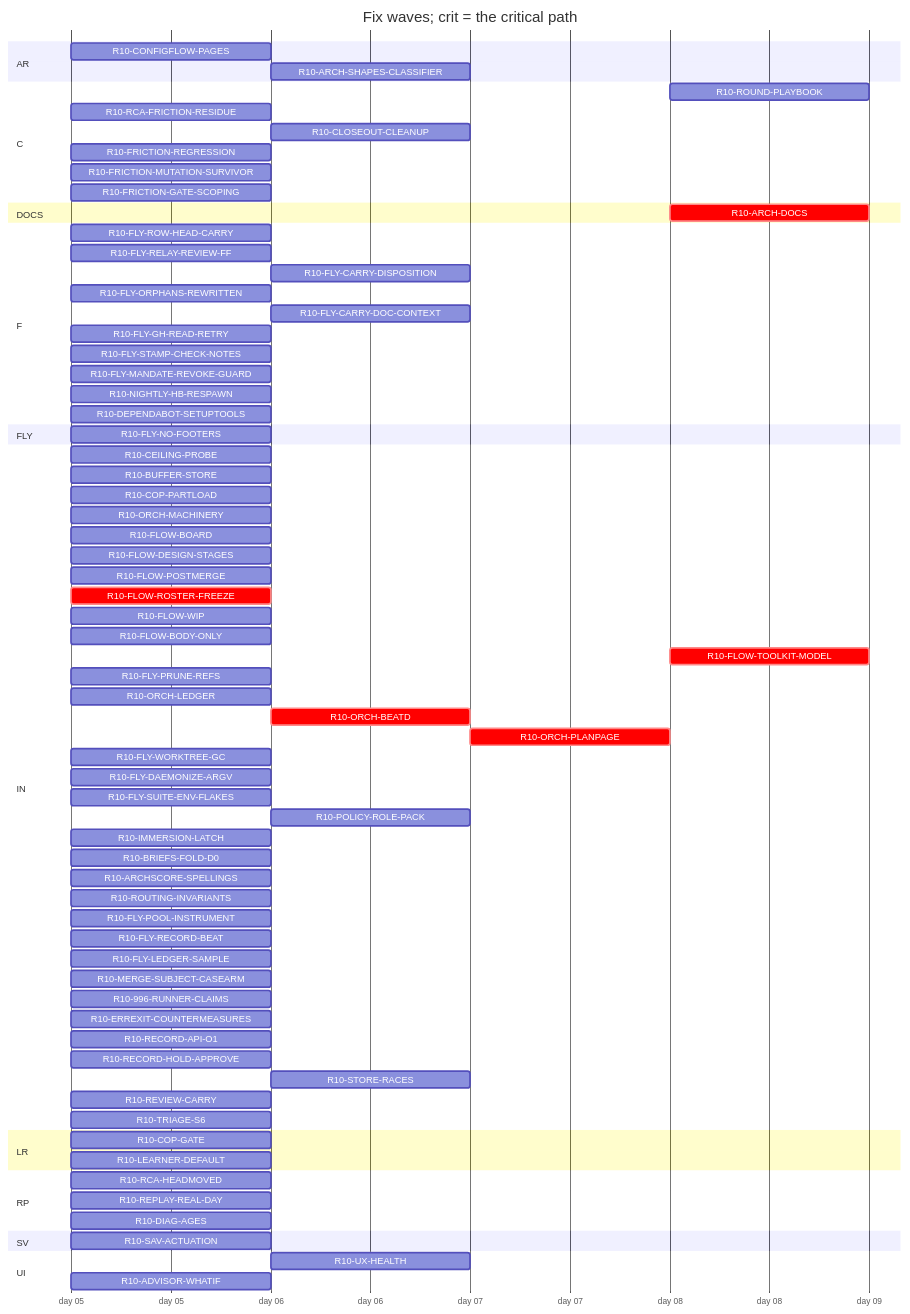
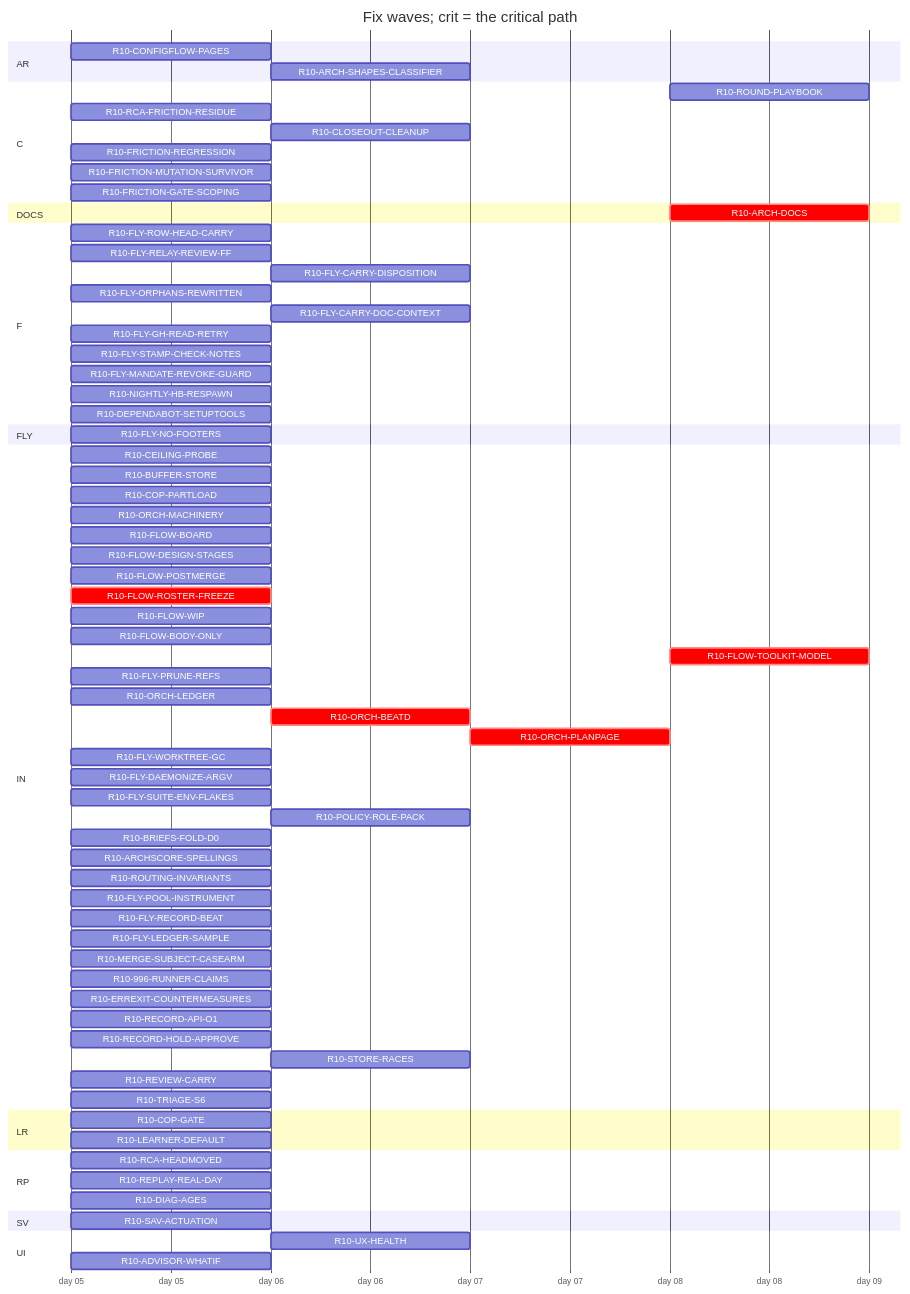
One commit to tvofi/heatpump_optimizer changed the diagram in handoff/round10/state/PLAN-TABLE.md. Above: the diagram before and after it, drawn with Mermaid. The commit also changed other lines of this file and 2 other files, not shown here.

````diff
--- a/handoff/round10/state/PLAN-TABLE.md
+++ b/handoff/round10/state/PLAN-TABLE.md
@@ -23,78 +23,77 @@
 ```mermaid
 gantt
   title Fix waves; crit = the critical path
   dateFormat YYYY-MM-DD
   axisFormat day %d
   section AR
     R10-CONFIGFLOW-PAGES :r10CONFIGFLOWPAGES, 2026-01-05, 1d
     R10-ARCH-SHAPES-CLASSIFIER :r10ARCHSHAPESCLASSIFIER, after r10996RUNNERCLAIMS, 1d
   section C
     R10-ROUND-PLAYBOOK :r10ROUNDPLAYBOOK, after r10ORCHLEDGER r10ORCHBEATD r10ORCHPLANPAGE r10FLYRELAYREVIEWFF r10FLOWROSTERFREEZE r10FLOWBODYONLY, 1d
     R10-RCA-FRICTION-RESIDUE :r10RCAFRICTIONRESIDUE, 2026-01-05, 1d
     R10-CLOSEOUT-CLEANUP :r10CLOSEOUTCLEANUP, after r10FLYPRUNEREFS r10FLYWORKTREEGC, 1d
     R10-FRICTION-REGRESSION :r10FRICTIONREGRESSION, 2026-01-05, 1d
     R10-FRICTION-MUTATION-SURVIVOR :r10FRICTIONMUTATIONSURVIVOR, 2026-01-05, 1d
     R10-FRICTION-GATE-SCOPING :r10FRICTIONGATESCOPING, 2026-01-05, 1d
   section DOCS
-    R10-ARCH-DOCS :crit, r10ARCHDOCS, after r10COPGATE r10UXHEALTH r10CONFIGFLOWPAGES r10RCAHEADMOVED r10CEILINGPROBE r10BUFFERSTORE r10COPPARTLOAD r10LEARNERDEFAULT r10FLOWBOARD r10FLOWDESIGNSTAGES r10FLOWPOSTMERGE r10FLOWROSTERFREEZE r10FLOWWIP r10FLOWBODYONLY r10FLYROWHEADCARRY r10FLYRELAYREVIEWFF r10FLYCARRYDISPOSITION r10FLYORPHANSREWRITTEN r10FLYCARRYDOCCONTEXT r10FLOWTOOLKITMODEL r10FLYSTAMPCHECKNOTES r10FLYMANDATEREVOKEGUARD r10RCAFRICTIONRESIDUE r10NIGHTLYHBRESPAWN r10FLYPRUNEREFS r10ORCHLEDGER r10ORCHBEATD r10ORCHPLANPAGE r10FLYWORKTREEGC r10FLYDAEMONIZEARGV r10POLICYROLEPACK r10IMMERSIONLATCH r10BRIEFSFOLDD0 r10REPLAYREALDAY r10ARCHSCORESPELLINGS r10SAVACTUATION r10FLYLEDGERSAMPLE, 1d
+    R10-ARCH-DOCS :crit, r10ARCHDOCS, after r10COPGATE r10UXHEALTH r10CONFIGFLOWPAGES r10RCAHEADMOVED r10CEILINGPROBE r10BUFFERSTORE r10COPPARTLOAD r10LEARNERDEFAULT r10FLOWBOARD r10FLOWDESIGNSTAGES r10FLOWPOSTMERGE r10FLOWROSTERFREEZE r10FLOWWIP r10FLOWBODYONLY r10FLYROWHEADCARRY r10FLYRELAYREVIEWFF r10FLYCARRYDISPOSITION r10FLYORPHANSREWRITTEN r10FLYCARRYDOCCONTEXT r10FLOWTOOLKITMODEL r10FLYSTAMPCHECKNOTES r10FLYMANDATEREVOKEGUARD r10RCAFRICTIONRESIDUE r10NIGHTLYHBRESPAWN r10FLYPRUNEREFS r10ORCHLEDGER r10ORCHBEATD r10ORCHPLANPAGE r10FLYWORKTREEGC r10FLYDAEMONIZEARGV r10POLICYROLEPACK r10BRIEFSFOLDD0 r10REPLAYREALDAY r10ARCHSCORESPELLINGS r10SAVACTUATION r10FLYLEDGERSAMPLE, 1d
   section F
     R10-FLY-ROW-HEAD-CARRY :r10FLYROWHEADCARRY, 2026-01-05, 1d
     R10-FLY-RELAY-REVIEW-FF :r10FLYRELAYREVIEWFF, 2026-01-05, 1d
     R10-FLY-CARRY-DISPOSITION :r10FLYCARRYDISPOSITION, after r10FLYORPHANSREWRITTEN, 1d
     R10-FLY-ORPHANS-REWRITTEN :r10FLYORPHANSREWRITTEN, 2026-01-05, 1d
     R10-FLY-CARRY-DOC-CONTEXT :r10FLYCARRYDOCCONTEXT, after r10FLYGHREADRETRY, 1d
     R10-FLY-GH-READ-RETRY :r10FLYGHREADRETRY, 2026-01-05, 1d
     R10-FLY-STAMP-CHECK-NOTES :r10FLYSTAMPCHECKNOTES, 2026-01-05, 1d
     R10-FLY-MANDATE-REVOKE-GUARD :r10FLYMANDATEREVOKEGUARD, 2026-01-05, 1d
     R10-NIGHTLY-HB-RESPAWN :r10NIGHTLYHBRESPAWN, 2026-01-05, 1d
     R10-DEPENDABOT-SETUPTOOLS :r10DEPENDABOTSETUPTOOLS, 2026-01-05, 1d
   section FLY
     R10-FLY-NO-FOOTERS :r10FLYNOFOOTERS, 2026-01-05, 1d
   section IN
     R10-CEILING-PROBE :r10CEILINGPROBE, 2026-01-05, 1d
     R10-BUFFER-STORE :r10BUFFERSTORE, 2026-01-05, 1d
     R10-COP-PARTLOAD :r10COPPARTLOAD, 2026-01-05, 1d
     R10-ORCH-MACHINERY :r10ORCHMACHINERY, 2026-01-05, 1d
     R10-FLOW-BOARD :r10FLOWBOARD, 2026-01-05, 1d
     R10-FLOW-DESIGN-STAGES :r10FLOWDESIGNSTAGES, 2026-01-05, 1d
     R10-FLOW-POSTMERGE :r10FLOWPOSTMERGE, 2026-01-05, 1d
     R10-FLOW-ROSTER-FREEZE :crit, r10FLOWROSTERFREEZE, 2026-01-05, 1d
     R10-FLOW-WIP :r10FLOWWIP, 2026-01-05, 1d
     R10-FLOW-BODY-ONLY :r10FLOWBODYONLY, 2026-01-05, 1d
     R10-FLOW-TOOLKIT-MODEL :crit, r10FLOWTOOLKITMODEL, after r10ORCHPLANPAGE, 1d
     R10-FLY-PRUNE-REFS :r10FLYPRUNEREFS, 2026-01-05, 1d
     R10-ORCH-LEDGER :r10ORCHLEDGER, 2026-01-05, 1d
     R10-ORCH-BEATD :crit, r10ORCHBEATD, after r10FLOWROSTERFREEZE, 1d
     R10-ORCH-PLANPAGE :crit, r10ORCHPLANPAGE, after r10ORCHBEATD, 1d
     R10-FLY-WORKTREE-GC :r10FLYWORKTREEGC, 2026-01-05, 1d
     R10-FLY-DAEMONIZE-ARGV :r10FLYDAEMONIZEARGV, 2026-01-05, 1d
     R10-FLY-SUITE-ENV-FLAKES :r10FLYSUITEENVFLAKES, 2026-01-05, 1d
     R10-POLICY-ROLE-PACK :r10POLICYROLEPACK, after r10FLOWDESIGNSTAGES, 1d
-    R10-IMMERSION-LATCH :r10IMMERSIONLATCH, 2026-01-05, 1d
     R10-BRIEFS-FOLD-D0 :r10BRIEFSFOLDD0, 2026-01-05, 1d
     R10-ARCHSCORE-SPELLINGS :r10ARCHSCORESPELLINGS, 2026-01-05, 1d
     R10-ROUTING-INVARIANTS :r10ROUTINGINVARIANTS, 2026-01-05, 1d
     R10-FLY-POOL-INSTRUMENT :r10FLYPOOLINSTRUMENT, 2026-01-05, 1d
     R10-FLY-RECORD-BEAT :r10FLYRECORDBEAT, 2026-01-05, 1d
     R10-FLY-LEDGER-SAMPLE :r10FLYLEDGERSAMPLE, 2026-01-05, 1d
     R10-MERGE-SUBJECT-CASEARM :r10MERGESUBJECTCASEARM, 2026-01-05, 1d
     R10-996-RUNNER-CLAIMS :r10996RUNNERCLAIMS, 2026-01-05, 1d
     R10-ERREXIT-COUNTERMEASURES :r10ERREXITCOUNTERMEASURES, 2026-01-05, 1d
     R10-RECORD-API-O1 :r10RECORDAPIO1, 2026-01-05, 1d
     R10-RECORD-HOLD-APPROVE :r10RECORDHOLDAPPROVE, 2026-01-05, 1d
     R10-STORE-RACES :r10STORERACES, after r10BUFFERSTORE, 1d
     R10-REVIEW-CARRY :r10REVIEWCARRY, 2026-01-05, 1d
     R10-TRIAGE-S6 :r10TRIAGES6, 2026-01-05, 1d
   section LR
     R10-COP-GATE :r10COPGATE, 2026-01-05, 1d
     R10-LEARNER-DEFAULT :r10LEARNERDEFAULT, 2026-01-05, 1d
   section RP
     R10-RCA-HEADMOVED :r10RCAHEADMOVED, 2026-01-05, 1d
     R10-REPLAY-REAL-DAY :r10REPLAYREALDAY, 2026-01-05, 1d
     R10-DIAG-AGES :r10DIAGAGES, 2026-01-05, 1d
   section SV
     R10-SAV-ACTUATION :r10SAVACTUATION, 2026-01-05, 1d
   section UI
     R10-UX-HEALTH :r10UXHEALTH, after r10COPGATE, 1d
     R10-ADVISOR-WHATIF :r10ADVISORWHATIF, 2026-01-05, 1d
 ```
````
